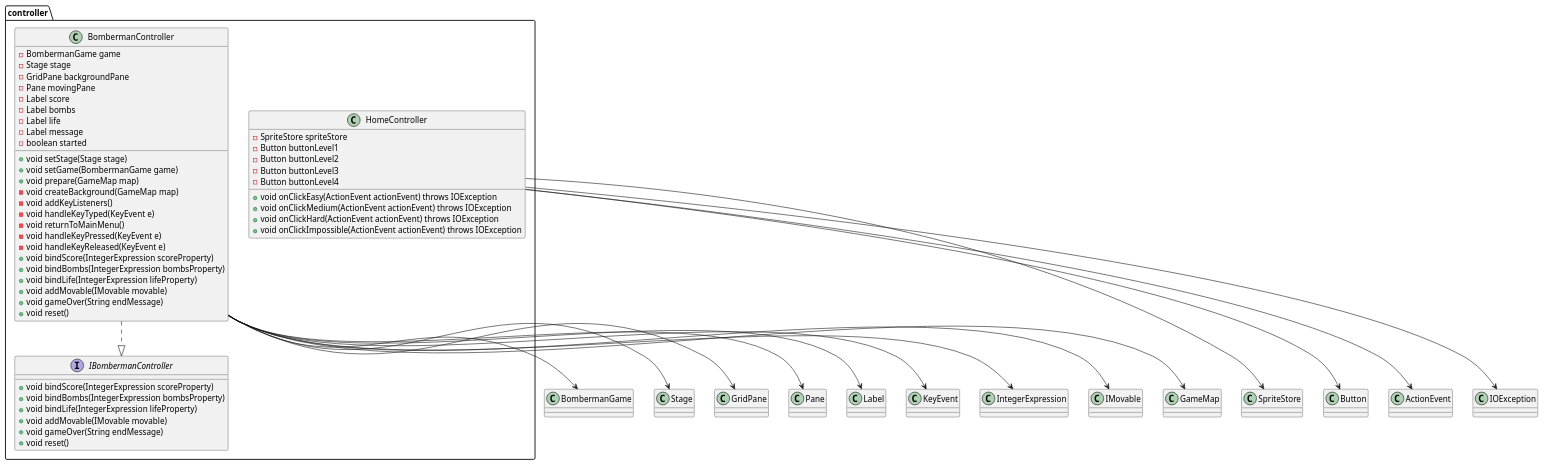
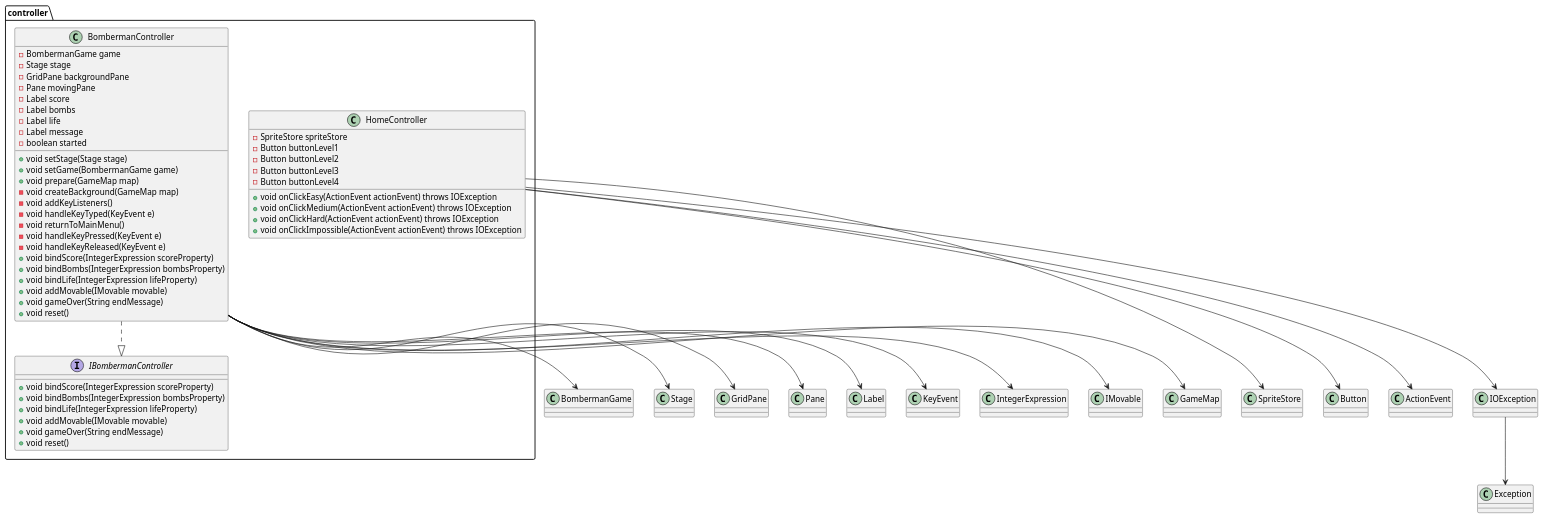
Before and after one commit to MatheoDalmasso/Bomberman: the diagram in src/main/java/fr/univartois/butinfo/r304/bomberman/controller/ControllerPuml.puml, drawn with PlantUML. The commit also changed 1 other file, not shown here.

```diff
--- a/src/main/java/fr/univartois/butinfo/r304/bomberman/controller/ControllerPuml.puml
+++ b/src/main/java/fr/univartois/butinfo/r304/bomberman/controller/ControllerPuml.puml
@@ -1,67 +1,68 @@
 @startuml
 package controller {
     class BombermanController {
         - BombermanGame game
         - Stage stage
         - GridPane backgroundPane
         - Pane movingPane
         - Label score
         - Label bombs
         - Label life
         - Label message
         - boolean started
         + void setStage(Stage stage)
         + void setGame(BombermanGame game)
         + void prepare(GameMap map)
         - void createBackground(GameMap map)
         - void addKeyListeners()
         - void handleKeyTyped(KeyEvent e)
         - void returnToMainMenu()
         - void handleKeyPressed(KeyEvent e)
         - void handleKeyReleased(KeyEvent e)
         + void bindScore(IntegerExpression scoreProperty)
         + void bindBombs(IntegerExpression bombsProperty)
         + void bindLife(IntegerExpression lifeProperty)
         + void addMovable(IMovable movable)
         + void gameOver(String endMessage)
         + void reset()
     }
 
     class HomeController {
         - SpriteStore spriteStore
         - Button buttonLevel1
         - Button buttonLevel2
         - Button buttonLevel3
         - Button buttonLevel4
         + void onClickEasy(ActionEvent actionEvent) throws IOException
         + void onClickMedium(ActionEvent actionEvent) throws IOException
         + void onClickHard(ActionEvent actionEvent) throws IOException
         + void onClickImpossible(ActionEvent actionEvent) throws IOException
     }
 
     interface IBombermanController {
         + void bindScore(IntegerExpression scoreProperty)
         + void bindBombs(IntegerExpression bombsProperty)
         + void bindLife(IntegerExpression lifeProperty)
         + void addMovable(IMovable movable)
         + void gameOver(String endMessage)
         + void reset()
     }
 }
 
 BombermanController --> BombermanGame
 BombermanController --> Stage
 BombermanController --> GridPane
 BombermanController --> Pane
 BombermanController --> Label
 BombermanController --> KeyEvent
 BombermanController --> IntegerExpression
 BombermanController --> IMovable
 BombermanController --> GameMap
 BombermanController ..|> IBombermanController
 
 HomeController --> SpriteStore
 HomeController --> Button
 HomeController --> ActionEvent
 HomeController --> IOException
+IOException --> Exception
 @enduml
```
